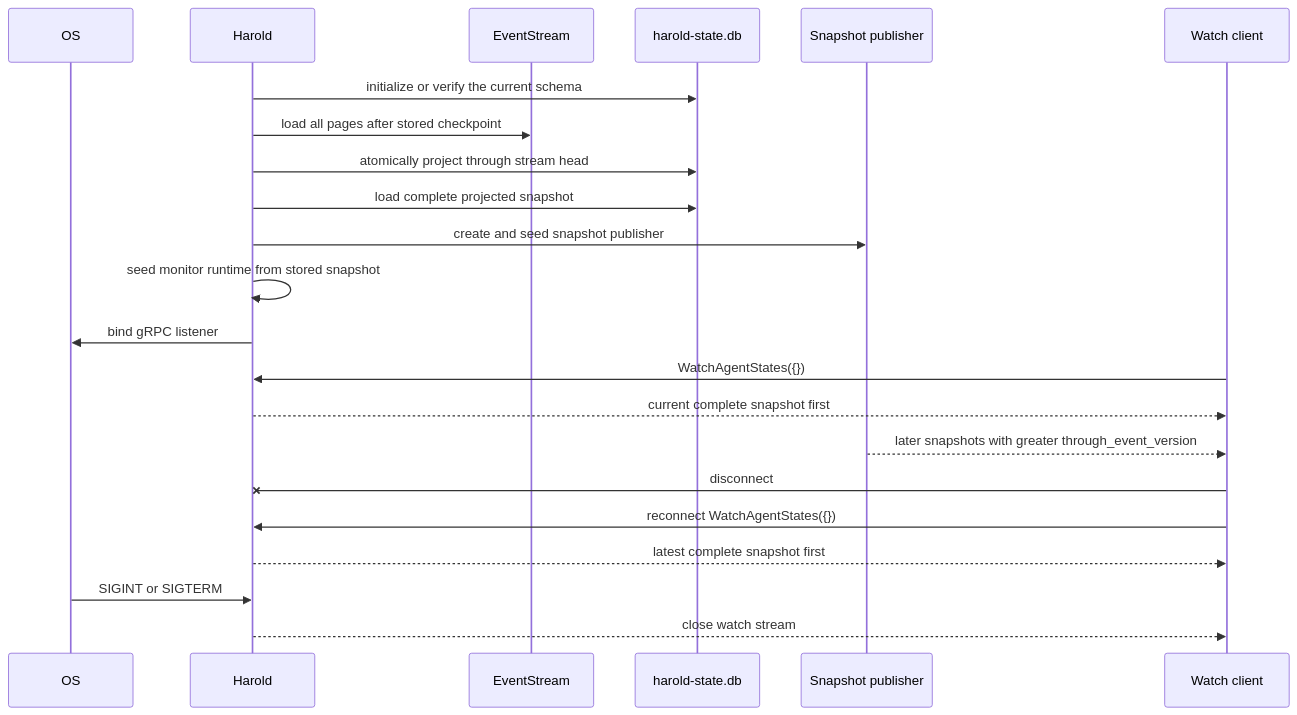
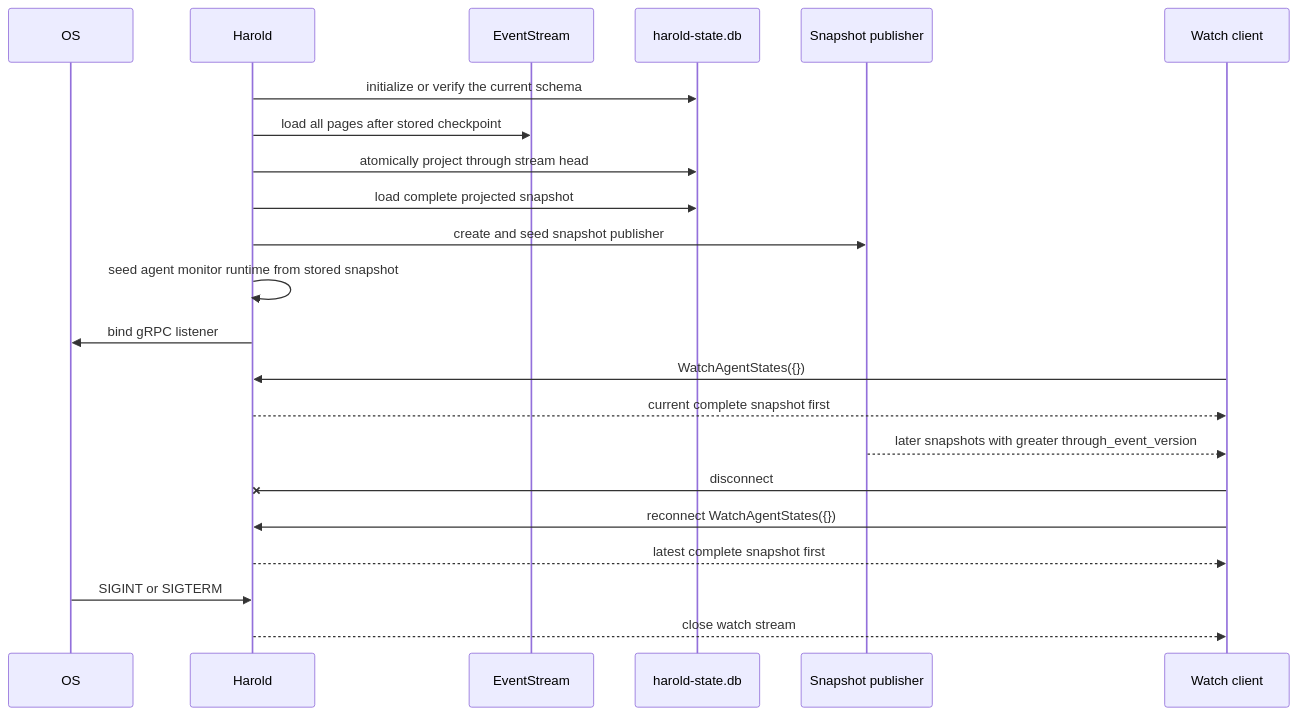
Before and after one commit to kahgeh/harold: the second of 2 diagrams in docs/references/agent-monitor/README.md, drawn with Mermaid. The commit also changed other lines of this file and 14 other files, not shown here.

````diff
--- a/docs/references/agent-monitor/README.md
+++ b/docs/references/agent-monitor/README.md
@@ -96,25 +96,25 @@
 ```mermaid
 sequenceDiagram
     participant OS
     participant Harold
     participant Events as EventStream
     participant StateDB as harold-state.db
     participant Hub as Snapshot publisher
     participant Client as Watch client
 
     Harold->>StateDB: initialize or verify the current schema
     Harold->>Events: load all pages after stored checkpoint
     Harold->>StateDB: atomically project through stream head
     Harold->>StateDB: load complete projected snapshot
     Harold->>Hub: create and seed snapshot publisher
-    Harold->>Harold: seed monitor runtime from stored snapshot
+    Harold->>Harold: seed agent monitor runtime from stored snapshot
     Harold->>OS: bind gRPC listener
     Client->>Harold: WatchAgentStates({})
     Harold-->>Client: current complete snapshot first
     Hub-->>Client: later snapshots with greater through_event_version
     Client-xHarold: disconnect
     Client->>Harold: reconnect WatchAgentStates({})
     Harold-->>Client: latest complete snapshot first
     OS->>Harold: SIGINT or SIGTERM
     Harold-->>Client: close watch stream
 ```
````
